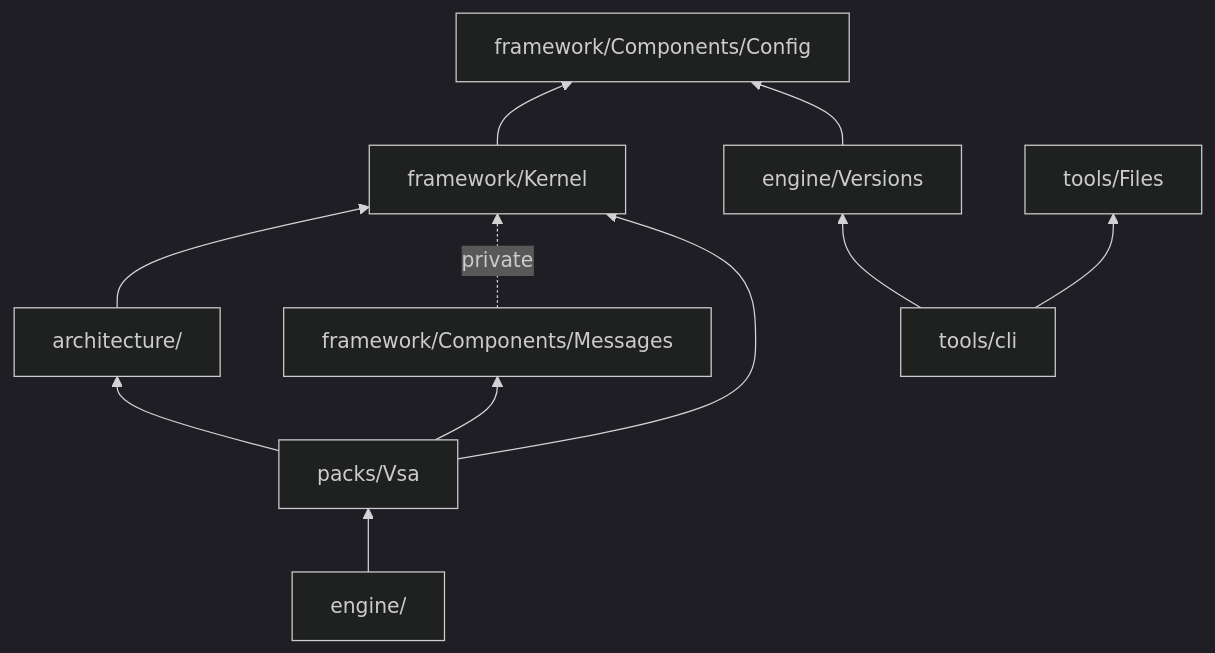
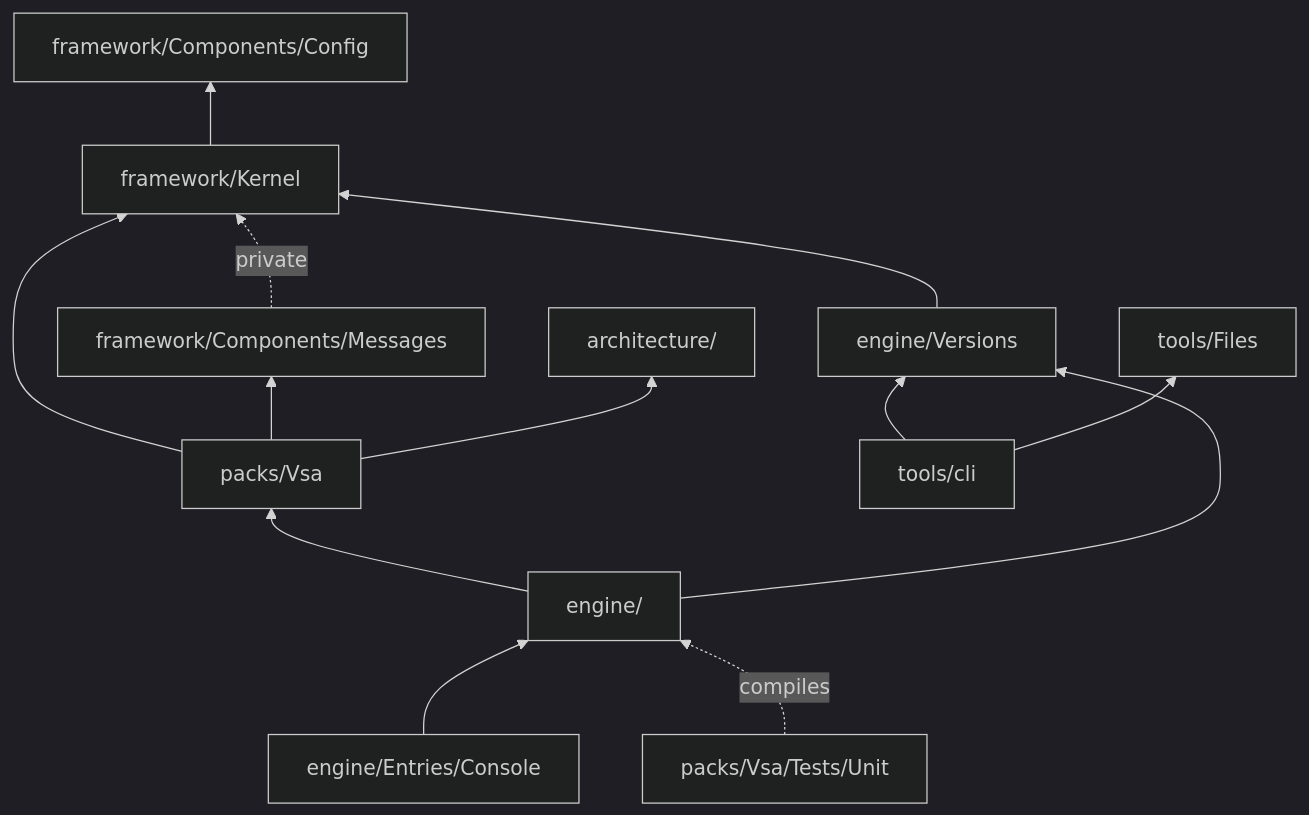
One commit to MgCohen/vsa-template changed the diagram in docs/framework-layout.md. Above: the diagram before and after it, drawn with Mermaid (dark theme). The commit also changed other lines of this file and 123 other files, not shown here.

````diff
--- a/docs/framework-layout.md
+++ b/docs/framework-layout.md
@@ -17,13 +17,16 @@
 ```mermaid
 flowchart BT
-    Architecture["architecture/"] --> Kernel["framework/Kernel"]
+    Architecture["architecture/"]
     Messages["framework/Components/Messages"] -. private .-> Kernel
     Kernel --> Config["framework/Components/Config"]
-    Versions --> Config
-    Vsa["packs/Vsa"] --> Kernel
+    Versions --> Kernel
+    Vsa["packs/Vsa"] --> Kernel["framework/Kernel"]
     Vsa --> Messages
     Vsa --> Architecture
     Engine["engine/"] --> Vsa
+    Engine --> Versions
+    Console["engine/Entries/Console"] --> Engine
+    Testing["packs/Vsa/Tests/Unit"] -. compiles .-> Engine
     Cli["tools/cli"] --> Versions["engine/Versions"]
     Cli --> Files["tools/Files"]
 ```
````
